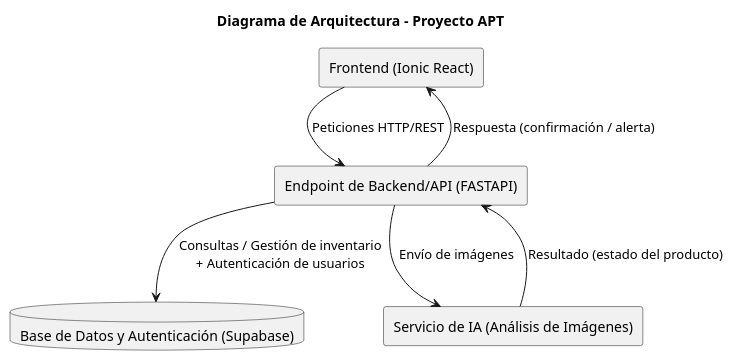
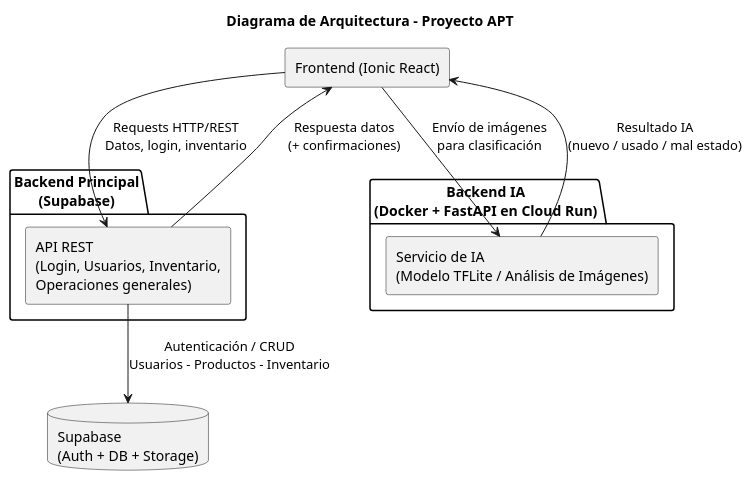
Before and after one commit to Tihare-Campusano/NEXA: the diagram in inventario-app/docs/diagramas/Diagrama_de_arquitectura.puml, drawn with PlantUML. The commit also changed 1 other file, not shown here.

```diff
--- a/inventario-app/docs/diagramas/Diagrama_de_arquitectura.puml
+++ b/inventario-app/docs/diagramas/Diagrama_de_arquitectura.puml
@@ -1,15 +1,25 @@
 @startuml Diagrama_de_arquitectura
 title Diagrama de Arquitectura - Proyecto APT
 
 rectangle "Frontend (Ionic React)" as FE
-rectangle "Endpoint de Backend/API (FASTAPI)" as BE
-database "Base de Datos y Autenticación (Supabase)" as DB
-rectangle "Servicio de IA (Análisis de Imágenes)" as IA
 
-FE --> BE : Peticiones HTTP/REST
-BE --> DB : Consultas / Gestión de inventario\n+ Autenticación de usuarios
-BE --> IA : Envío de imágenes
-IA --> BE : Resultado (estado del producto)
-BE --> FE : Respuesta (confirmación / alerta)
+package "Backend Principal\n(Supabase)" as BEMAIN {
+    rectangle "API REST\n(Login, Usuarios, Inventario,\nOperaciones generales)" as API
+}
+
+package "Backend IA\n(Docker + FastAPI en Cloud Run)" as BEIA {
+    rectangle "Servicio de IA\n(Modelo TFLite / Análisis de Imágenes)" as IA
+}
+
+database "Supabase\n(Auth + DB + Storage)" as DB
+
+' Conexiones
+FE --> API : Requests HTTP/REST\nDatos, login, inventario
+FE --> IA : Envío de imágenes\npara clasificación
+
+API --> DB : Autenticación / CRUD\nUsuarios - Productos - Inventario
+
+IA --> FE : Resultado IA\n(nuevo / usado / mal estado)
+API --> FE : Respuesta datos\n(+ confirmaciones)
 
 @enduml
```
